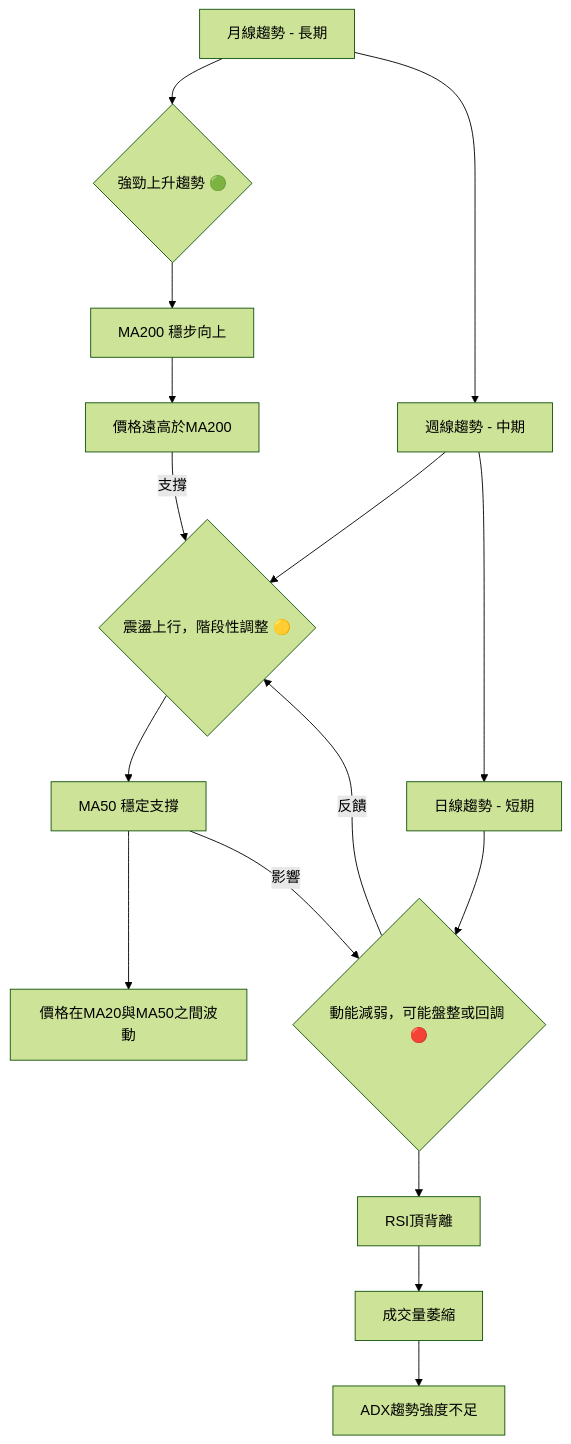
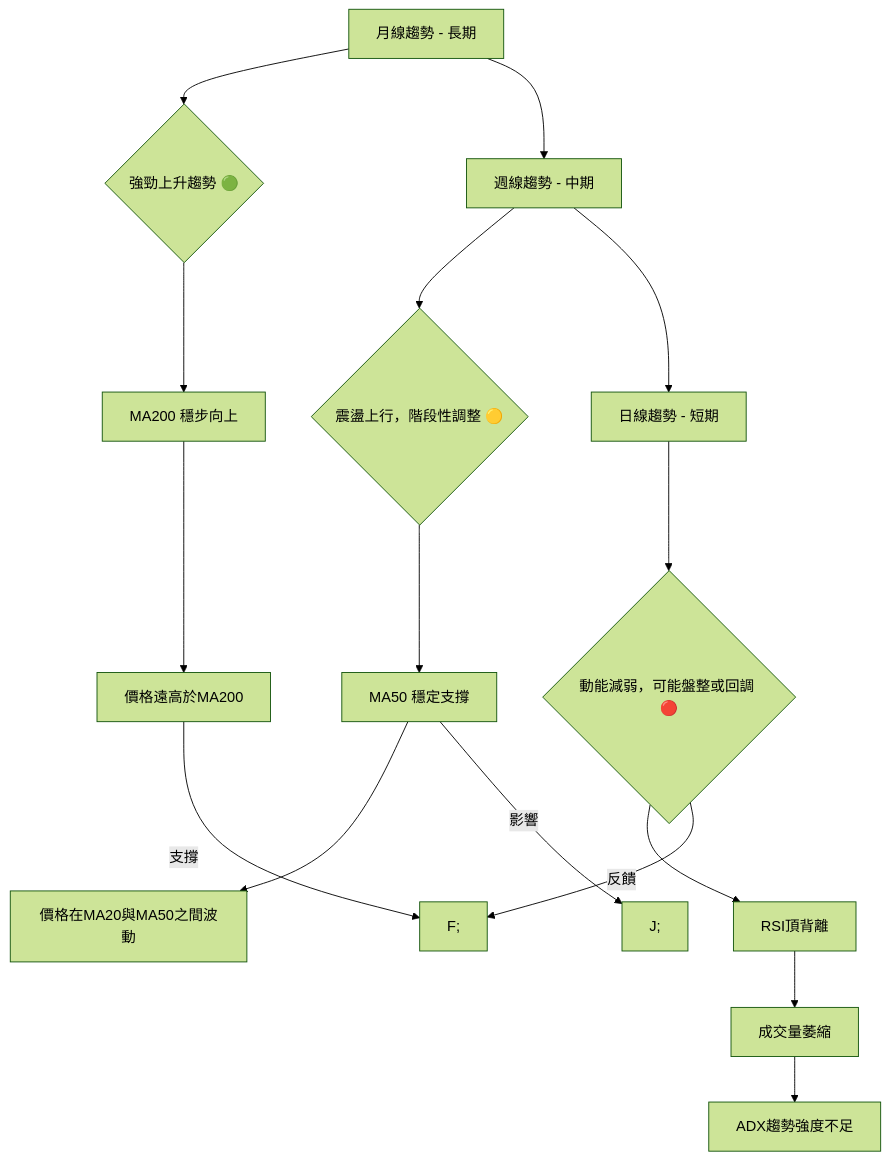
Before and after one commit to yennanliu/finance_data: the second of 4 diagrams in ai_gen_report/stock/tsm/technical_analysis_2026-05-30_gemini.md, drawn with Mermaid (forest theme). The commit also changed other lines of this file and 2171 other files, not shown here.

First line of the commit message:
chore: re-run corrected Mermaid backfill across reports

````diff
--- a/ai_gen_report/stock/tsm/technical_analysis_2026-05-30_gemini.md
+++ b/ai_gen_report/stock/tsm/technical_analysis_2026-05-30_gemini.md
@@ -126,21 +126,21 @@
 ```mermaid
 graph TD
-    A[月線趨勢 - 長期] --> B{強勁上升趨勢 🟢};
-    B --> C[MA200 穩步向上];
-    C --> D[價格遠高於MA200];
+    A["月線趨勢 - 長期"] --> B{"強勁上升趨勢 🟢"};
+    B --> C["MA200 穩步向上"];
+    C --> D["價格遠高於MA200"];
 
-    A --> E[週線趨勢 - 中期];
-    E --> F{震盪上行，階段性調整 🟡};
-    F --> G[MA50 穩定支撐];
-    G --> H[價格在MA20與MA50之間波動];
+    A --> E["週線趨勢 - 中期"];
+    E --> F{"震盪上行，階段性調整 🟡"};
+    F --> G["MA50 穩定支撐"];
+    G --> H["價格在MA20與MA50之間波動"];
 
-    E --> I[日線趨勢 - 短期];
-    I --> J{動能減弱，可能盤整或回調 🔴};
-    J --> K[RSI頂背離];
-    K --> L[成交量萎縮];
-    L --> M[ADX趨勢強度不足];
+    E --> I["日線趨勢 - 短期"];
+    I --> J{"動能減弱，可能盤整或回調 🔴"};
+    J --> K["RSI頂背離"];
+    K --> L["成交量萎縮"];
+    L --> M["ADX趨勢強度不足"];
 
-    D -- 支撐 --> F;
-    G -- 影響 --> J;
-    J -- 反饋 --> F;
+    D -- 支撐 --> nb1["F;"]
+    G -- 影響 --> nb2["J;"]
+    J -- 反饋 --> nb1["F;"]
 ```
````
